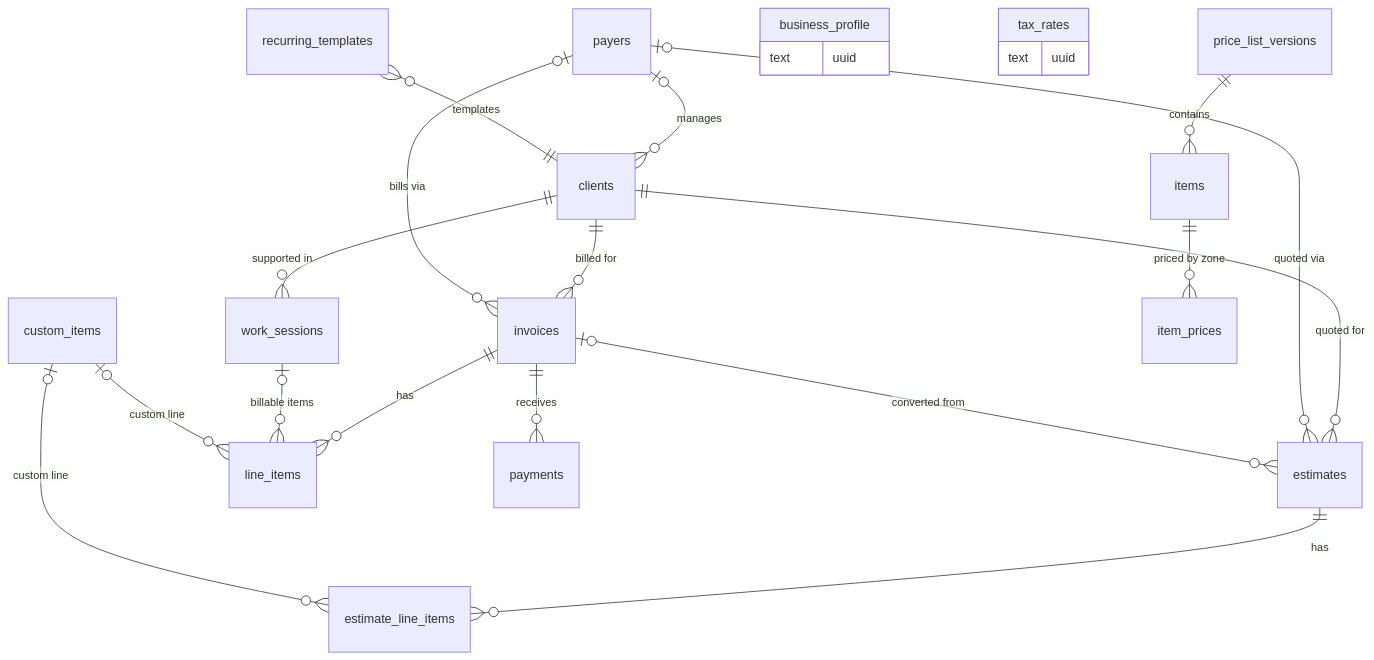
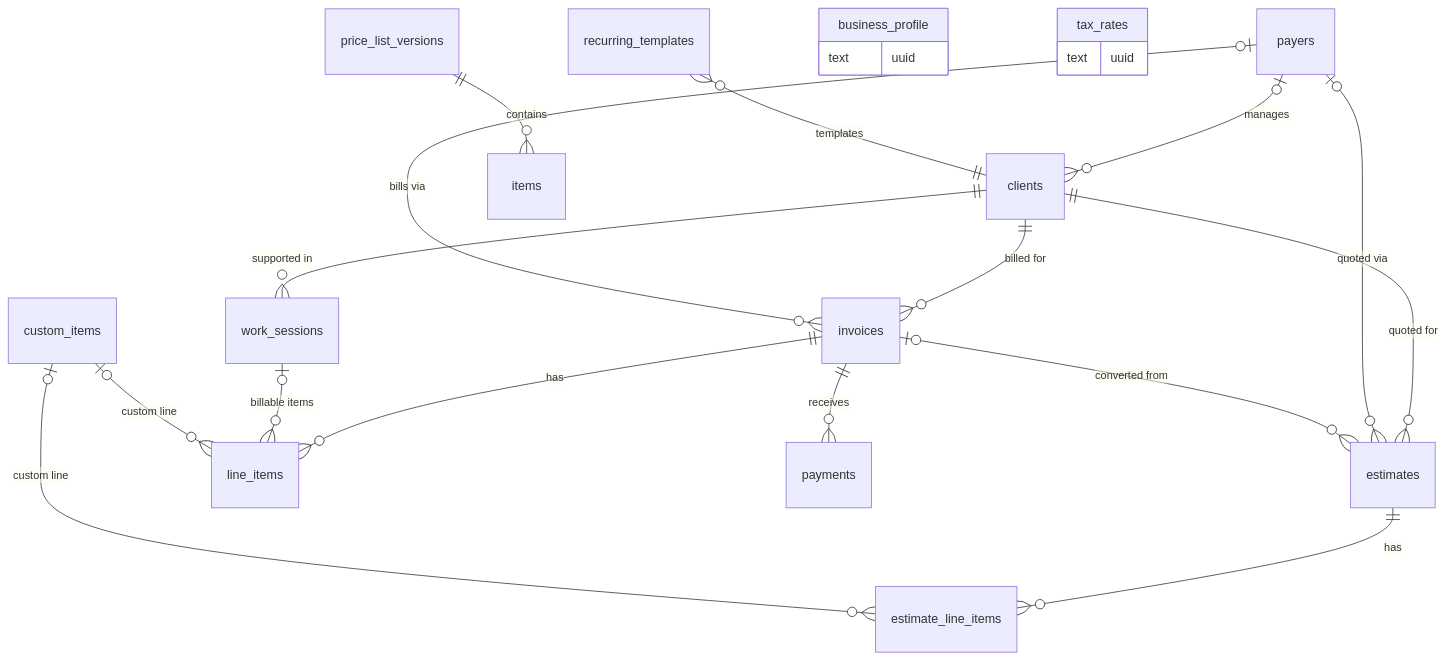
The second of 2 diagrams in docs/superpowers/specs/2026-06-21-sqlite-db-per-tenant-design.md (dknathalage/tallyo), drawn with Mermaid before and after one commit. The commit also changed other lines of this file and 3 other files, not shown here.

````diff
--- a/docs/superpowers/specs/2026-06-21-sqlite-db-per-tenant-design.md
+++ b/docs/superpowers/specs/2026-06-21-sqlite-db-per-tenant-design.md
@@ -101,25 +102,24 @@
 ```mermaid
 erDiagram
     payers        |o--o{ clients : manages
     clients       ||--o{ invoices : "billed for"
     payers        |o--o{ invoices : "bills via"
     clients       ||--o{ estimates : "quoted for"
     payers        |o--o{ estimates : "quoted via"
     clients       ||--o{ work_sessions : "supported in"
     invoices      ||--o{ line_items : has
     invoices      ||--o{ payments : receives
     invoices      |o--o{ estimates : "converted from"
     estimates     ||--o{ estimate_line_items : has
     work_sessions |o--o{ line_items : "billable items"
     custom_items  |o--o{ line_items : "custom line"
     custom_items  |o--o{ estimate_line_items : "custom line"
     price_list_versions ||--o{ items : contains
-    items         ||--o{ item_prices : "priced by zone"
     business_profile {
         text uuid
     }
     tax_rates {
         text uuid
     }
     recurring_templates }o--|| clients : "templates"
 ```
````
